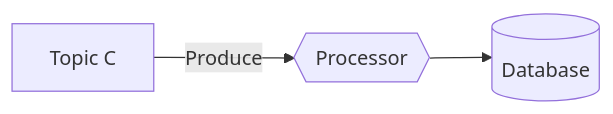
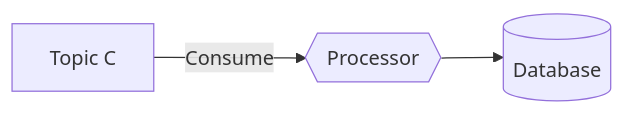
The second of 5 diagrams in README.md (pmdevers/MinimalKafka), drawn with Mermaid before and after one commit. The commit also changed other lines of this file, not shown here.

````diff
--- a/README.md
+++ b/README.md
@@ -91,5 +91,5 @@
 ```mermaid
 flowchart LR
-    A[Topic C] -->|Produce| C
+    A[Topic C] -->|Consume| C
     C{{Processor}} --> D[(Database)]
 ```
````
